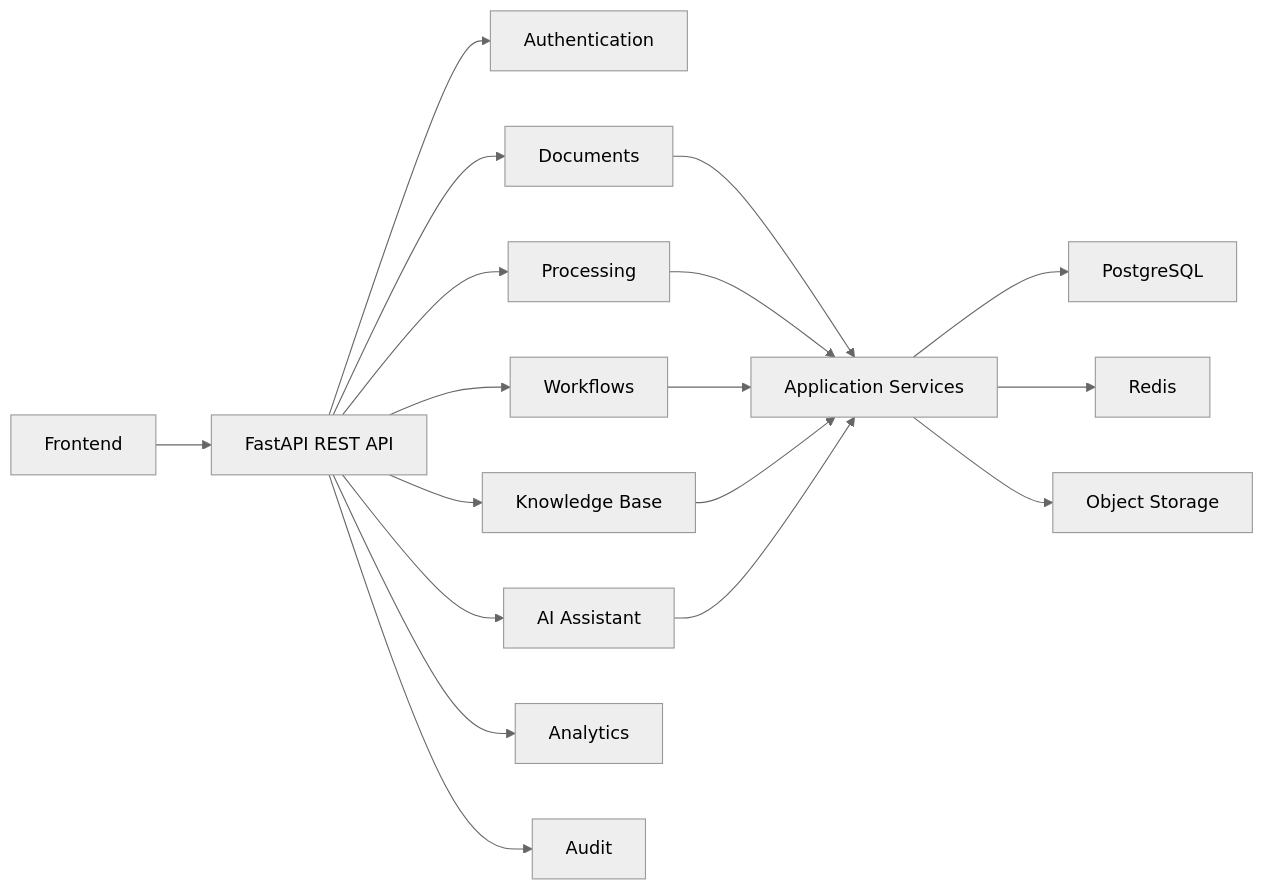
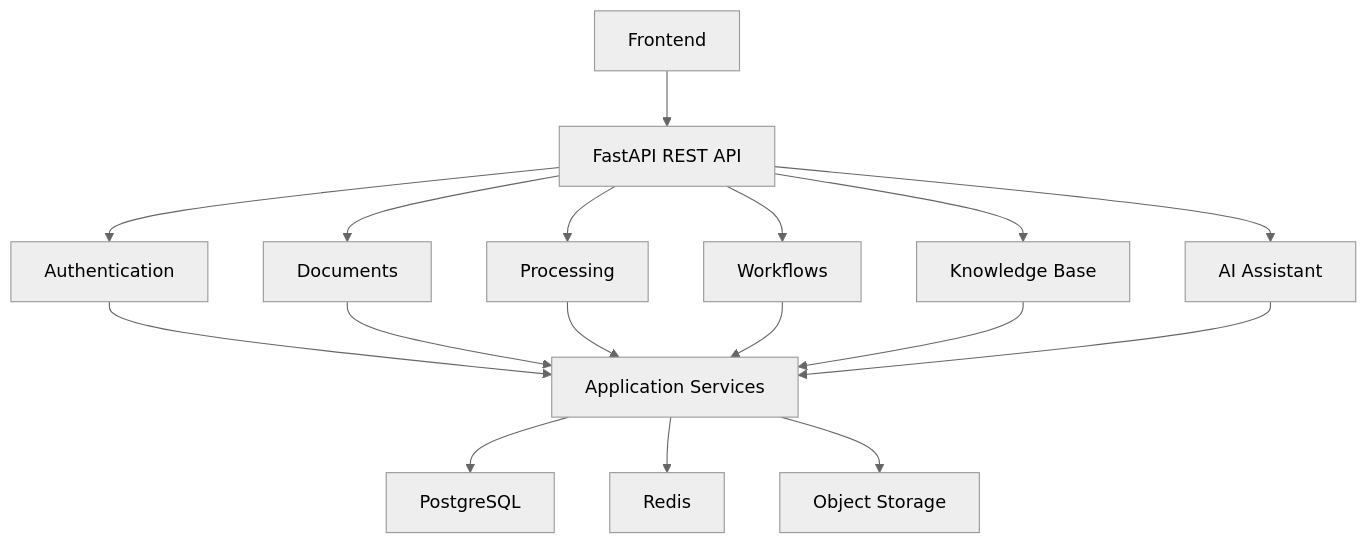
One commit to garimakumari44/enterprize_ai changed diagram 14 of 14 in README.md. Above: the diagram before and after it, drawn with Mermaid (neutral theme). The commit also changed other lines of this file, not shown here.

Commit message:
Update README with architecture and platform documentation

````diff
--- a/README.md
+++ b/README.md
@@ -737,23 +733,22 @@
 ```mermaid
-flowchart LR
+flowchart TD
     A[Frontend] --> B[FastAPI REST API]
 
     B --> C[Authentication]
     B --> D[Documents]
     B --> E[Processing]
     B --> F[Workflows]
     B --> G[Knowledge Base]
     B --> H[AI Assistant]
-    B --> I[Analytics]
-    B --> J[Audit]
 
-    D --> K[Application Services]
-    E --> K
-    F --> K
-    G --> K
-    H --> K
+    C --> I[Application Services]
+    D --> I
+    E --> I
+    F --> I
+    G --> I
+    H --> I
 
-    K --> L[PostgreSQL]
-    K --> M[Redis]
-    K --> N[Object Storage]
+    I --> J[PostgreSQL]
+    I --> K[Redis]
+    I --> L[Object Storage]
 ```
````
